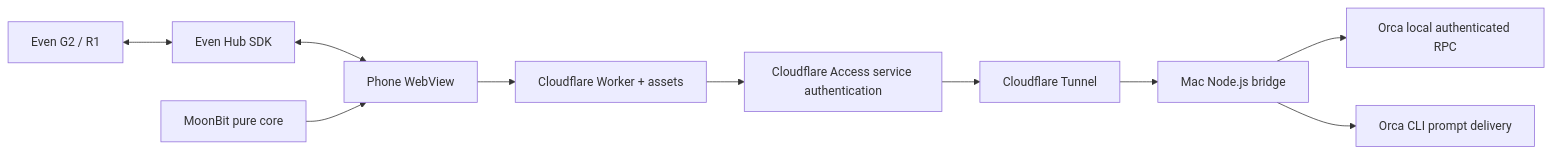
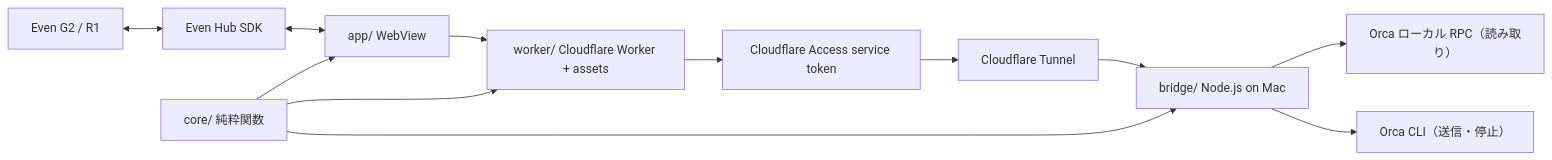
One commit to ubugeeei-prod/even-g2-orca changed the diagram in docs/design.md. Above: the diagram before and after it, drawn with Mermaid. The commit also changed other lines of this file and 90 other files, not shown here.

First line of the commit message:
feat: rewrite in MoonBit with Terraform-managed Cloudflare and Nix

````diff
--- a/docs/design.md
+++ b/docs/design.md
@@ -5,12 +5,14 @@
 ```mermaid
 flowchart LR
   G2[Even G2 / R1] <--> SDK[Even Hub SDK]
-  SDK <--> App[Phone WebView]
-  Core[MoonBit pure core] --> App
-  App --> Worker[Cloudflare Worker + assets]
-  Worker --> Access[Cloudflare Access service authentication]
+  SDK <--> App[app/ WebView]
+  Core[core/ 純粋関数] --> App
+  Core --> Worker
+  Core --> Bridge
+  App --> Worker[worker/ Cloudflare Worker + assets]
+  Worker --> Access[Cloudflare Access service token]
   Access --> Tunnel[Cloudflare Tunnel]
-  Tunnel --> Bridge[Mac Node.js bridge]
-  Bridge --> RPC[Orca local authenticated RPC]
-  Bridge --> CLI[Orca CLI prompt delivery]
+  Tunnel --> Bridge[bridge/ Node.js on Mac]
+  Bridge --> RPC[Orca ローカル RPC（読み取り）]
+  Bridge --> CLI[Orca CLI（送信・停止）]
 ```
````
